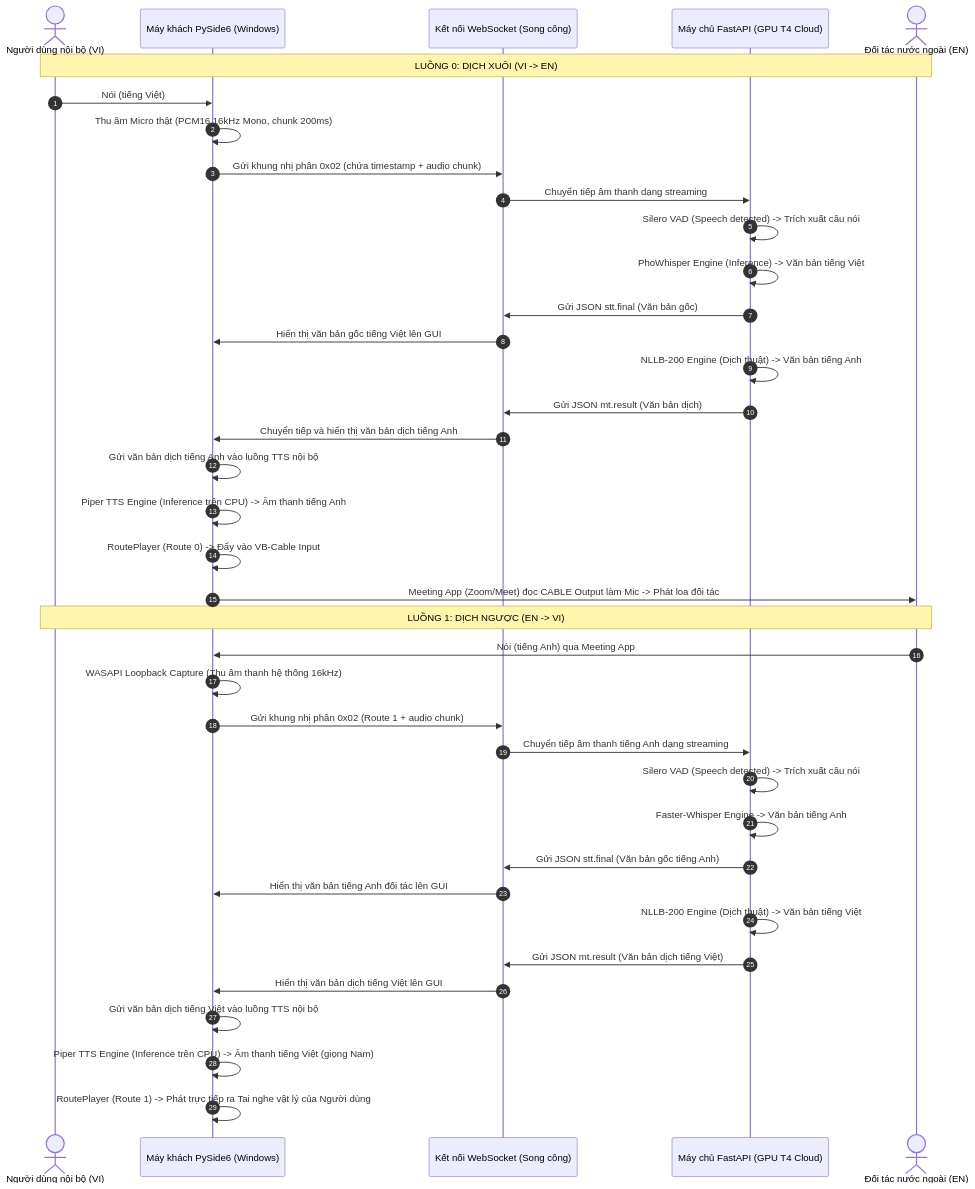
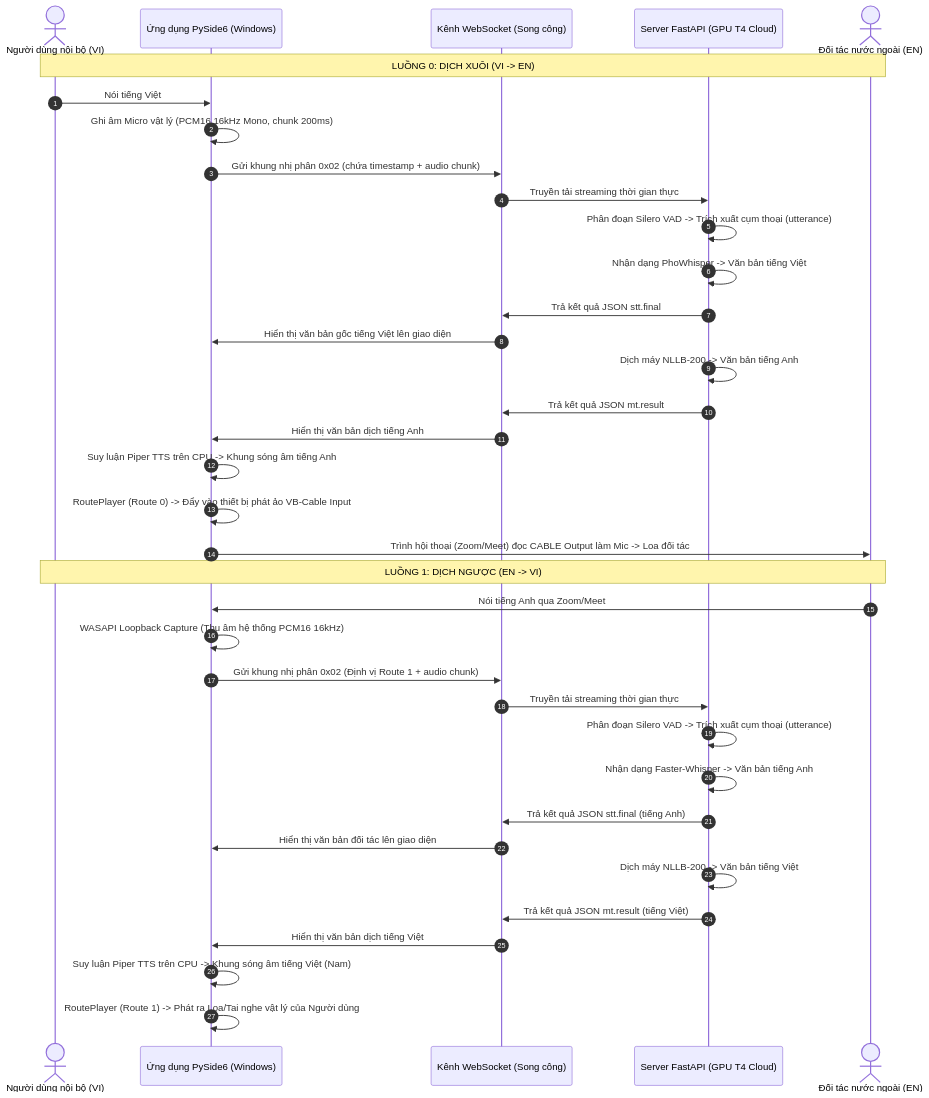
Before and after one commit to invzble-z/GradProject_for_report: the second of 2 diagrams in Final_report.md, drawn with Mermaid. The commit also changed other lines of this file and 1 other file, not shown here.

Commit message:
Restructure Chapter 3: Proposed Methodology focusing on core problem flows and evaluation framework

````diff
--- a/Final_report.md
+++ b/Final_report.md
@@ -436,45 +436,42 @@
 ```mermaid
 sequenceDiagram
     autonumber
     actor User as Người dùng nội bộ (VI)
-    participant Client as Máy khách PySide6 (Windows)
-    participant WS as Kết nối WebSocket (Song công)
-    participant Server as Máy chủ FastAPI (GPU T4 Cloud)
+    participant Client as Ứng dụng PySide6 (Windows)
+    participant WS as Kênh WebSocket (Song công)
+    participant Server as Server FastAPI (GPU T4 Cloud)
     actor Partner as Đối tác nước ngoài (EN)
 
     %% Luồng dịch xuôi (VI -> EN)
     Note over User, Partner: LUỒNG 0: DỊCH XUÔI (VI -> EN)
-    User->>Client: Nói (tiếng Việt)
-    Client->>Client: Thu âm Micro thật (PCM16 16kHz Mono, chunk 200ms)
+    User->>Client: Nói tiếng Việt
+    Client->>Client: Ghi âm Micro vật lý (PCM16 16kHz Mono, chunk 200ms)
     Client->>WS: Gửi khung nhị phân 0x02 (chứa timestamp + audio chunk)
-    WS->>Server: Chuyển tiếp âm thanh dạng streaming
-    Server->>Server: Silero VAD (Speech detected) -> Trích xuất câu nói
-    Server->>Server: PhoWhisper Engine (Inference) -> Văn bản tiếng Việt
-    Server->>WS: Gửi JSON stt.final (Văn bản gốc)
-    WS->>Client: Hiển thị văn bản gốc tiếng Việt lên GUI
-    Server->>Server: NLLB-200 Engine (Dịch thuật) -> Văn bản tiếng Anh
-    Server->>WS: Gửi JSON mt.result (Văn bản dịch)
-    WS->>Client: Chuyển tiếp và hiển thị văn bản dịch tiếng Anh
-    Client->>Client: Gửi văn bản dịch tiếng Anh vào luồng TTS nội bộ
-    Client->>Client: Piper TTS Engine (Inference trên CPU) -> Âm thanh tiếng Anh
-    Client->>Client: RoutePlayer (Route 0) -> Đẩy vào VB-Cable Input
-    Client->>Partner: Meeting App (Zoom/Meet) đọc CABLE Output làm Mic -> Phát loa đối tác
+    WS->>Server: Truyền tải streaming thời gian thực
+    Server->>Server: Phân đoạn Silero VAD -> Trích xuất cụm thoại (utterance)
+    Server->>Server: Nhận dạng PhoWhisper -> Văn bản tiếng Việt
+    Server->>WS: Trả kết quả JSON stt.final
+    WS->>Client: Hiển thị văn bản gốc tiếng Việt lên giao diện
+    Server->>Server: Dịch máy NLLB-200 -> Văn bản tiếng Anh
+    Server->>WS: Trả kết quả JSON mt.result
+    WS->>Client: Hiển thị văn bản dịch tiếng Anh
+    Client->>Client: Suy luận Piper TTS trên CPU -> Khung sóng âm tiếng Anh
+    Client->>Client: RoutePlayer (Route 0) -> Đẩy vào thiết bị phát ảo VB-Cable Input
+    Client->>Partner: Trình hội thoại (Zoom/Meet) đọc CABLE Output làm Mic -> Loa đối tác
 
     %% Luồng dịch ngược (EN -> VI)
     Note over User, Partner: LUỒNG 1: DỊCH NGƯỢC (EN -> VI)
-    Partner->>Client: Nói (tiếng Anh) qua Meeting App
-    Client->>Client: WASAPI Loopback Capture (Thu âm thanh hệ thống 16kHz)
-    Client->>WS: Gửi khung nhị phân 0x02 (Route 1 + audio chunk)
-    WS->>Server: Chuyển tiếp âm thanh tiếng Anh dạng streaming
-    Server->>Server: Silero VAD (Speech detected) -> Trích xuất câu nói
-    Server->>Server: Faster-Whisper Engine -> Văn bản tiếng Anh
-    Server->>WS: Gửi JSON stt.final (Văn bản gốc tiếng Anh)
-    WS->>Client: Hiển thị văn bản tiếng Anh đối tác lên GUI
-    Server->>Server: NLLB-200 Engine (Dịch thuật) -> Văn bản tiếng Việt
-    Server->>WS: Gửi JSON mt.result (Văn bản dịch tiếng Việt)
-    WS->>Client: Hiển thị văn bản dịch tiếng Việt lên GUI
-    Client->>Client: Gửi văn bản dịch tiếng Việt vào luồng TTS nội bộ
-    Client->>Client: Piper TTS Engine (Inference trên CPU) -> Âm thanh tiếng Việt (giọng Nam)
-    Client->>Client: RoutePlayer (Route 1) -> Phát trực tiếp ra Tai nghe vật lý của Người dùng
-
+    Partner->>Client: Nói tiếng Anh qua Zoom/Meet
+    Client->>Client: WASAPI Loopback Capture (Thu âm hệ thống PCM16 16kHz)
+    Client->>WS: Gửi khung nhị phân 0x02 (Định vị Route 1 + audio chunk)
+    WS->>Server: Truyền tải streaming thời gian thực
+    Server->>Server: Phân đoạn Silero VAD -> Trích xuất cụm thoại (utterance)
+    Server->>Server: Nhận dạng Faster-Whisper -> Văn bản tiếng Anh
+    Server->>WS: Trả kết quả JSON stt.final (tiếng Anh)
+    WS->>Client: Hiển thị văn bản đối tác lên giao diện
+    Server->>Server: Dịch máy NLLB-200 -> Văn bản tiếng Việt
+    Server->>WS: Trả kết quả JSON mt.result (tiếng Việt)
+    WS->>Client: Hiển thị văn bản dịch tiếng Việt
+    Client->>Client: Suy luận Piper TTS trên CPU -> Khung sóng âm tiếng Việt (Nam)
+    Client->>Client: RoutePlayer (Route 1) -> Phát ra Loa/Tai nghe vật lý của Người dùng
 ```
````
